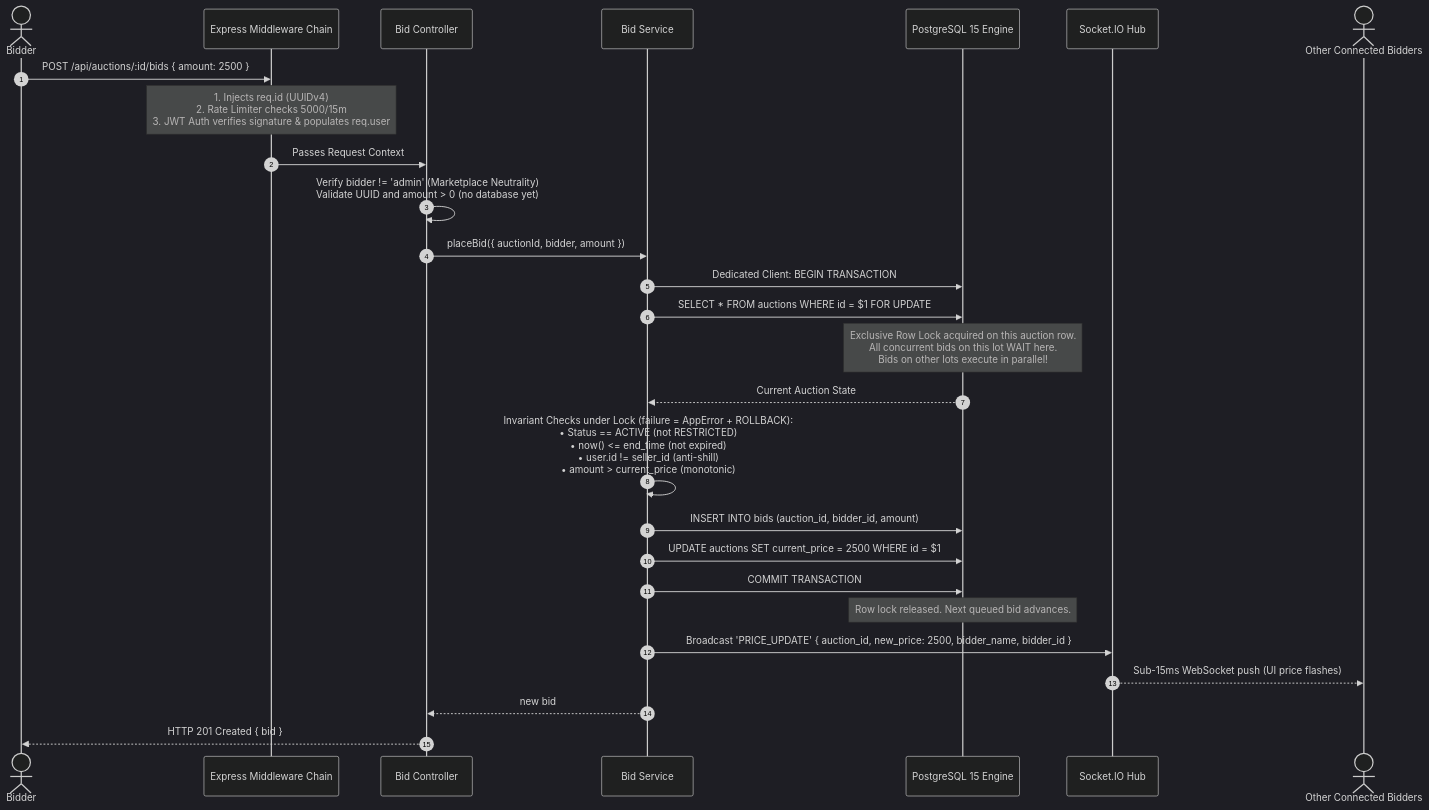
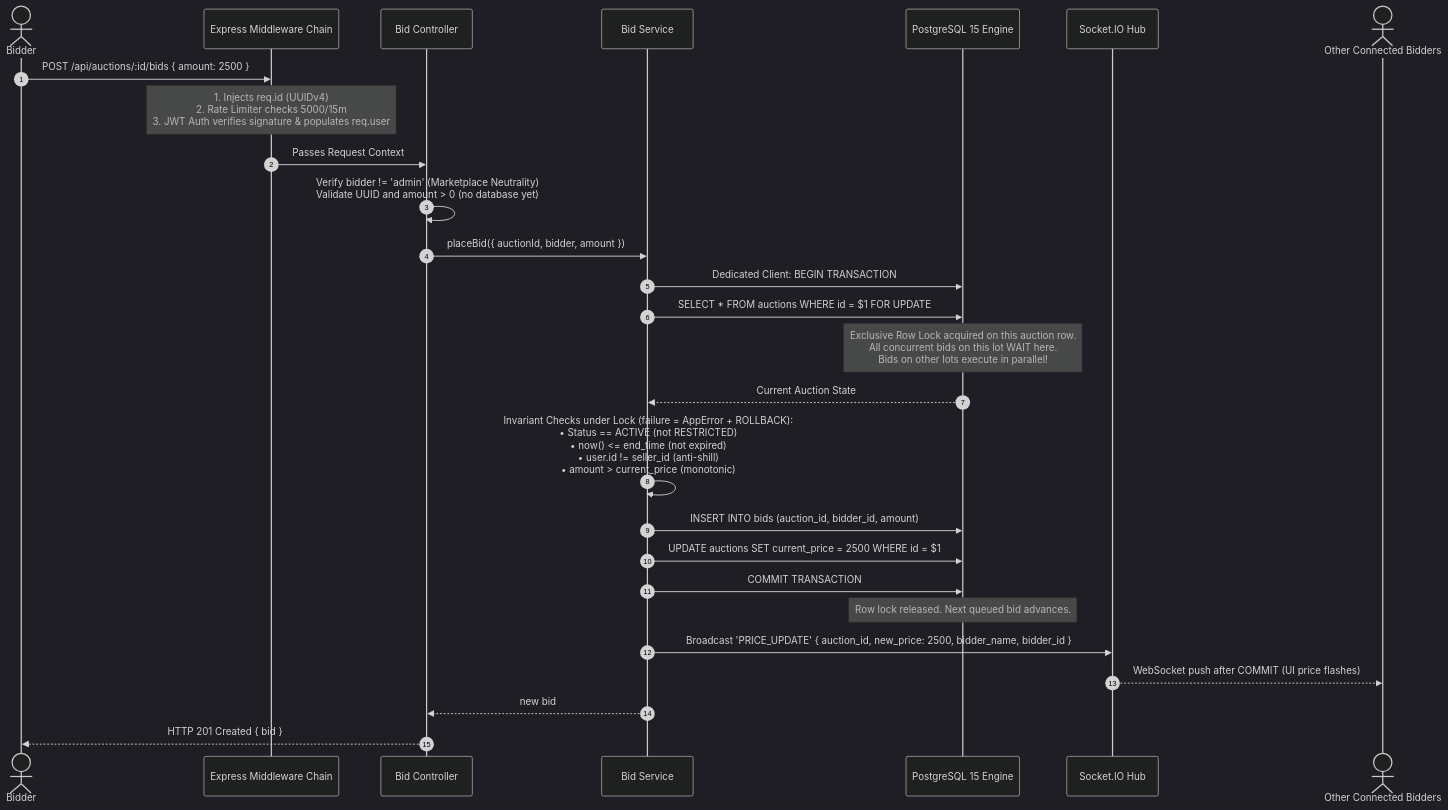
One commit to 23abhishek2024/auctionloom changed the third of 6 diagrams in bidding_system_hld.md. Above: the diagram before and after it, drawn with Mermaid (dark theme). The commit also changed other lines of this file and 2 other files, not shown here.

````diff
--- a/bidding_system_hld.md
+++ b/bidding_system_hld.md
@@ -342,35 +343,35 @@
 ```mermaid
 sequenceDiagram
     autonumber
     actor Bidder
     participant MW as Express Middleware Chain
     participant Ctrl as Bid Controller
     participant Svc as Bid Service
     participant DB as PostgreSQL 15 Engine
     participant WS as Socket.IO Hub
     actor Room as Other Connected Bidders
 
     Bidder->>MW: POST /api/auctions/:id/bids { amount: 2500 }
     Note over MW: 1. Injects req.id (UUIDv4)<br/>2. Rate Limiter checks 5000/15m<br/>3. JWT Auth verifies signature & populates req.user
     MW->>Ctrl: Passes Request Context
 
     Ctrl->>Ctrl: Verify bidder != 'admin' (Marketplace Neutrality)<br/>Validate UUID and amount > 0 (no database yet)
     Ctrl->>Svc: placeBid({ auctionId, bidder, amount })
     Svc->>DB: Dedicated Client: BEGIN TRANSACTION
     Svc->>DB: SELECT * FROM auctions WHERE id = $1 FOR UPDATE
     Note over DB: Exclusive Row Lock acquired on this auction row.<br/>All concurrent bids on this lot WAIT here.<br/>Bids on other lots execute in parallel!
     DB-->>Svc: Current Auction State
 
     Svc->>Svc: Invariant Checks under Lock (failure = AppError + ROLLBACK):<br/>• Status == ACTIVE (not RESTRICTED)<br/>• now() <= end_time (not expired)<br/>• user.id != seller_id (anti-shill)<br/>• amount > current_price (monotonic)
 
     Svc->>DB: INSERT INTO bids (auction_id, bidder_id, amount)
     Svc->>DB: UPDATE auctions SET current_price = 2500 WHERE id = $1
     Svc->>DB: COMMIT TRANSACTION
     Note over DB: Row lock released. Next queued bid advances.
 
     %% Real-time broadcast strictly POST-COMMIT
     Svc->>WS: Broadcast 'PRICE_UPDATE' { auction_id, new_price: 2500, bidder_name, bidder_id }
-    WS-->>Room: Sub-15ms WebSocket push (UI price flashes)
+    WS-->>Room: WebSocket push after COMMIT (UI price flashes)
     Svc-->>Ctrl: new bid
     Ctrl-->>Bidder: HTTP 201 Created { bid }
 ```
````
